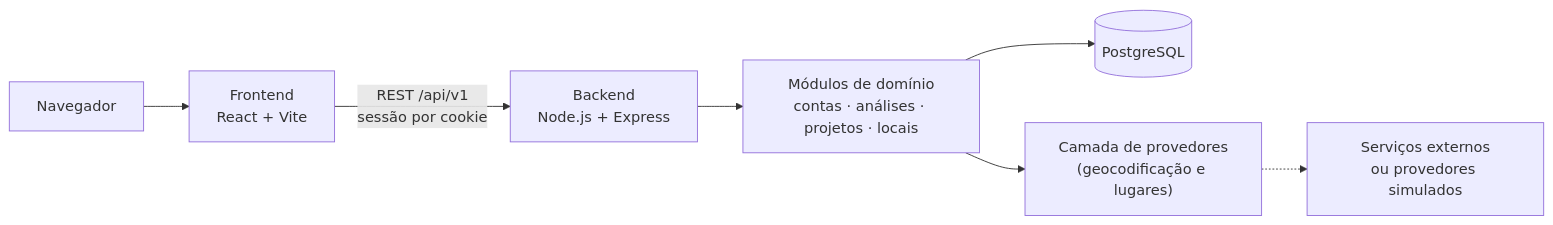
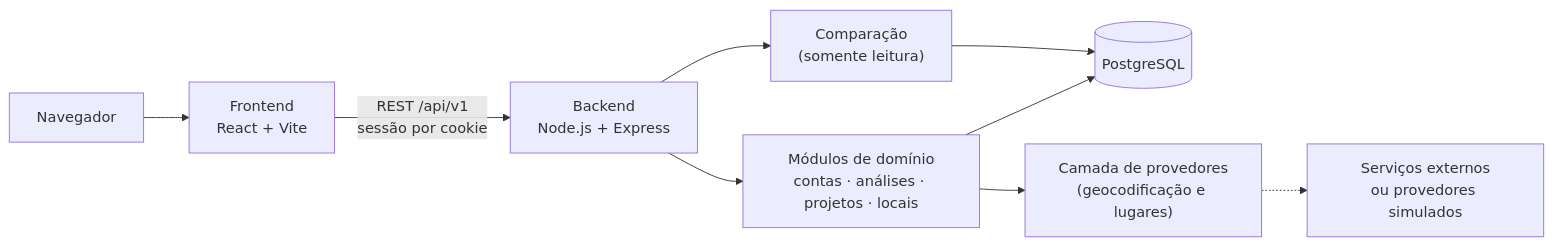
One commit to kelvinsg218/business-location-intelligence-showcase changed the second of 2 diagrams in README.md. Above: the diagram before and after it, drawn with Mermaid. The commit also changed other lines of this file and 6 other files, not shown here.

````diff
--- a/README.md
+++ b/README.md
@@ -69,9 +84,11 @@
 ```mermaid
 flowchart LR
     B["Navegador"] --> F["Frontend<br/>React + Vite"]
     F -->|"REST /api/v1<br/>sessão por cookie"| API["Backend<br/>Node.js + Express"]
     API --> M["Módulos de domínio<br/>contas · análises · projetos · locais"]
+    API --> CMP["Comparação<br/>(somente leitura)"]
     M --> DB[("PostgreSQL")]
+    CMP --> DB
     M --> PR["Camada de provedores<br/>(geocodificação e lugares)"]
     PR -.-> EXT["Serviços externos<br/>ou provedores simulados"]
 ```
````
